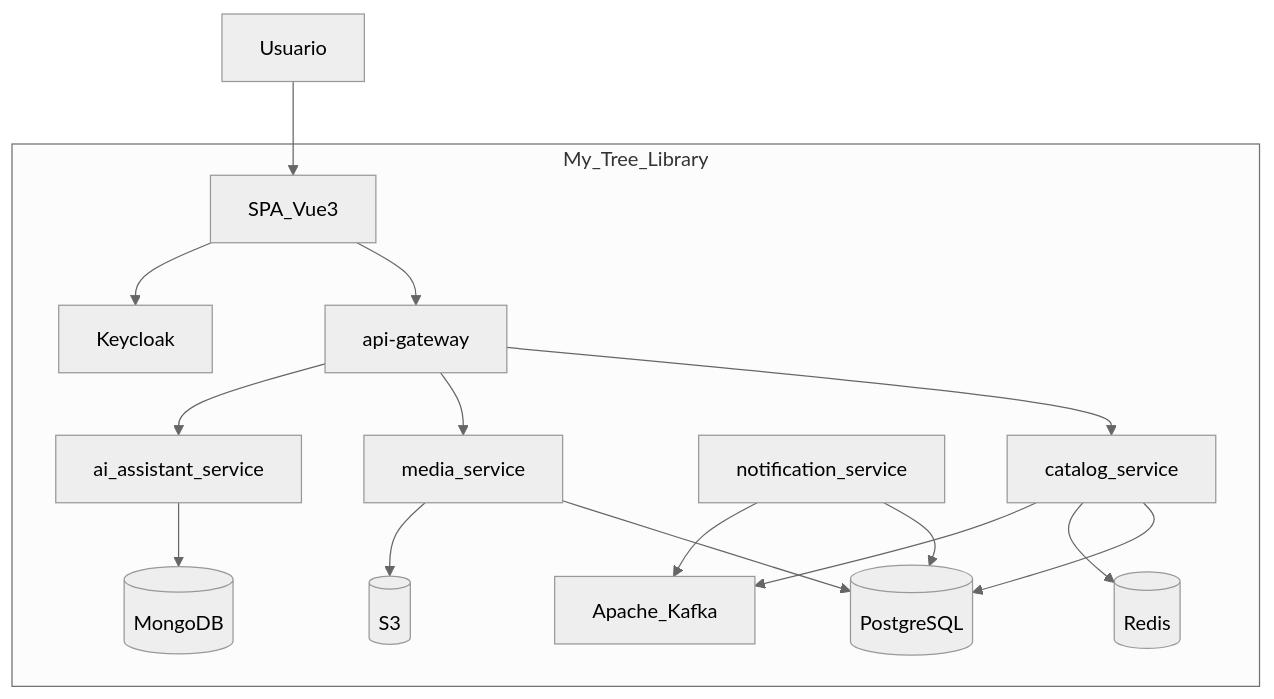
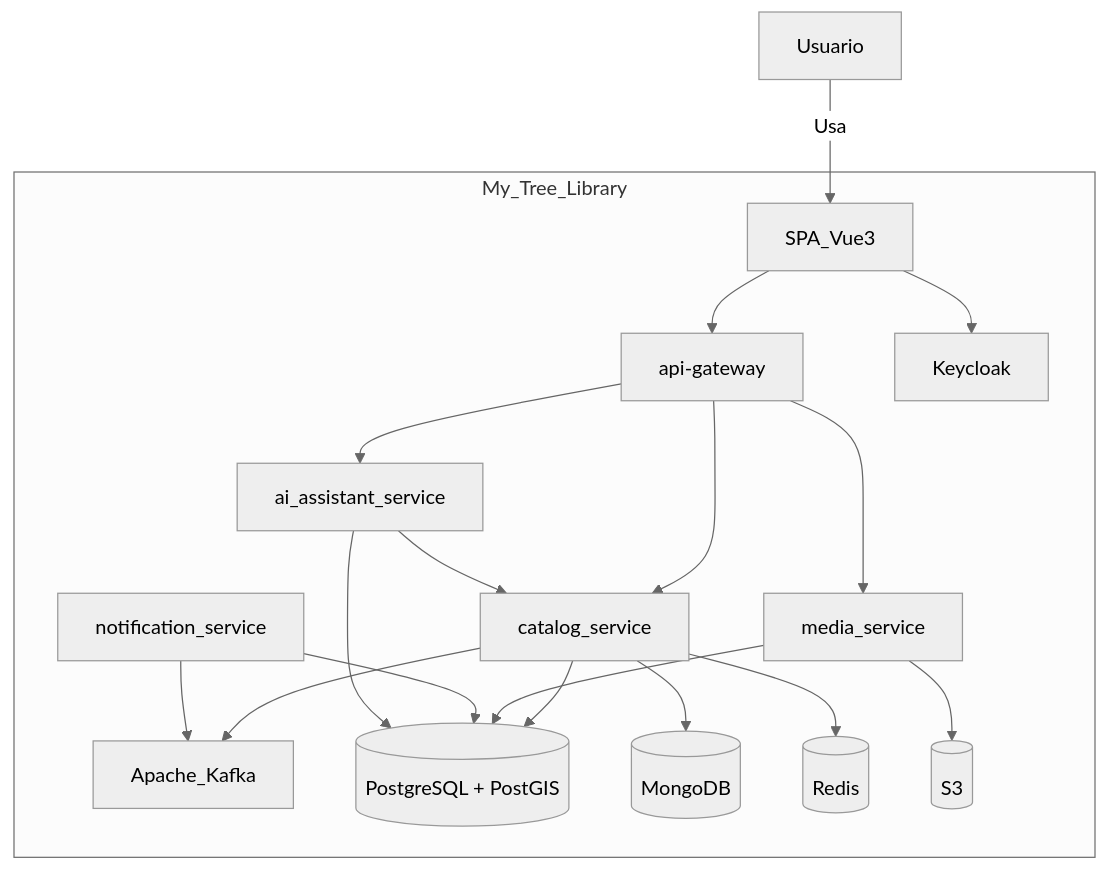
The second of 13 diagrams in readme.md (LIDR-academy/AI4Devs-finalproject), drawn with Mermaid (neutral theme) before and after one commit. The commit also changed other lines of this file and 9 other files, not shown here.

````diff
--- a/readme.md
+++ b/readme.md
@@ -114,31 +114,35 @@
 ```mermaid
 flowchart TB
   subgraph mtl [My_Tree_Library]
     SPA[SPA_Vue3]
     GW[api-gateway]
     KC[Keycloak]
     CAT[catalog_service]
     MED[media_service]
     NOT[notification_service]
     AIS[ai_assistant_service]
     K[Apache_Kafka]
-    PG[(PostgreSQL)]
+    PG[(PostgreSQL + PostGIS)]
     MG[(MongoDB)]
     RD[(Redis)]
     OBJ[(S3)]
   end
-  U[Usuario] --> SPA
+  U[Usuario] -->|Usa| SPA
   SPA --> GW
   SPA --> KC
   GW --> CAT
   GW --> MED
   GW --> AIS
   CAT --> PG
   CAT --> RD
   CAT --> K
+  CAT --> MG
   MED --> PG
   MED --> OBJ
   NOT --> PG
   NOT --> K
-  AIS --> MG
+  AIS --> PG
+  AIS --> CAT
+
+
 ```
````
